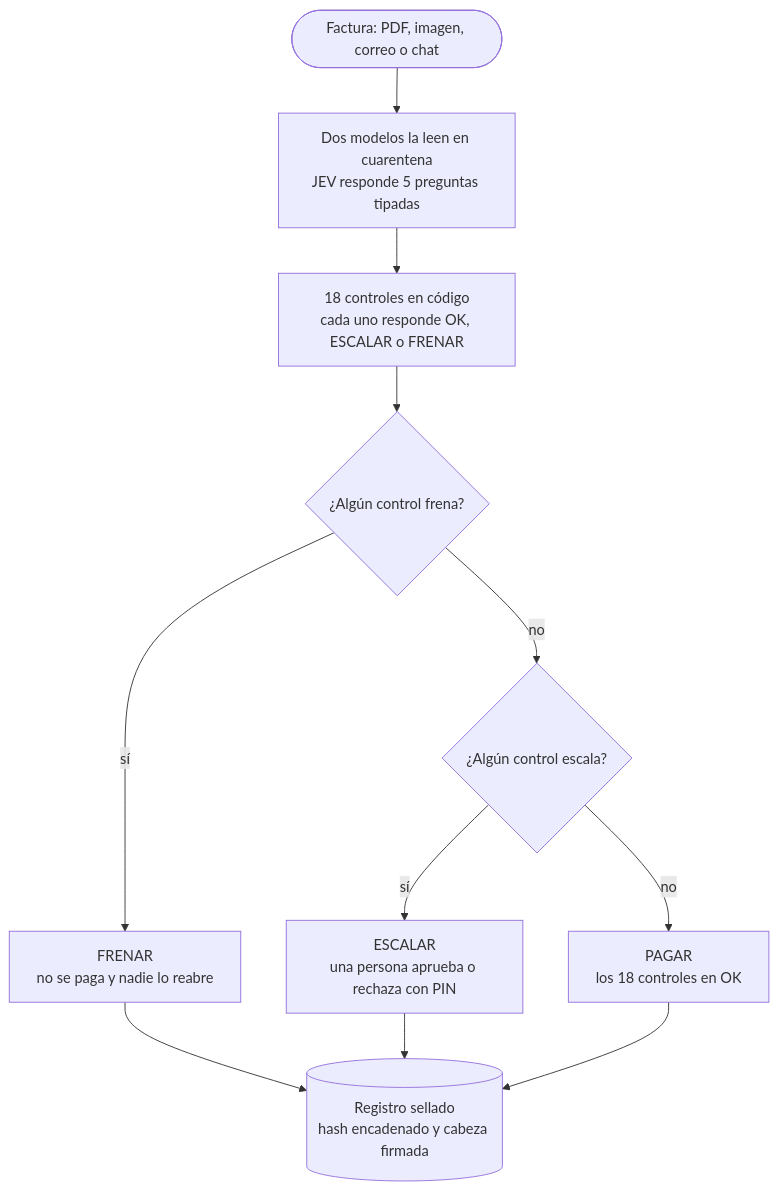
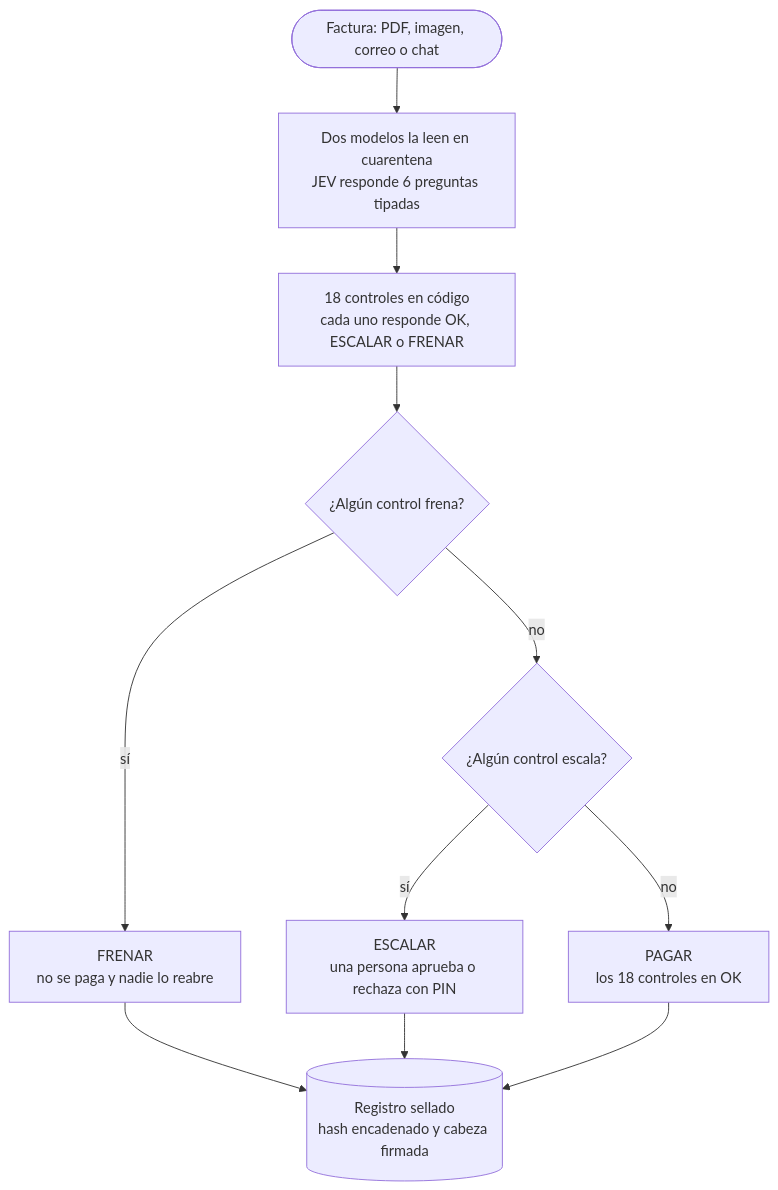
The diagram in README.md (giovanny4561/mandato-blinka), drawn with Mermaid before and after one commit. The commit also changed other lines of this file and 2 other files, not shown here.

````diff
--- a/README.md
+++ b/README.md
@@ -100,13 +100,13 @@
 ```mermaid
 flowchart TD
-    F(["Factura: PDF, imagen, correo o chat"]) --> L["Dos modelos la leen en cuarentena<br/>JEV responde 5 preguntas tipadas"]
+    F(["Factura: PDF, imagen, correo o chat"]) --> L["Dos modelos la leen en cuarentena<br/>JEV responde 6 preguntas tipadas"]
     L --> C["18 controles en código<br/>cada uno responde OK, ESCALAR o FRENAR"]
     C --> Q1{"¿Algún control frena?"}
     Q1 -- "sí" --> FR["FRENAR<br/>no se paga y nadie lo reabre"]
     Q1 -- "no" --> Q2{"¿Algún control escala?"}
     Q2 -- "sí" --> ES["ESCALAR<br/>una persona aprueba o rechaza con PIN"]
     Q2 -- "no" --> PA["PAGAR<br/>los 18 controles en OK"]
     FR --> REG[("Registro sellado<br/>hash encadenado y cabeza firmada")]
     ES --> REG
     PA --> REG
 ```
````
